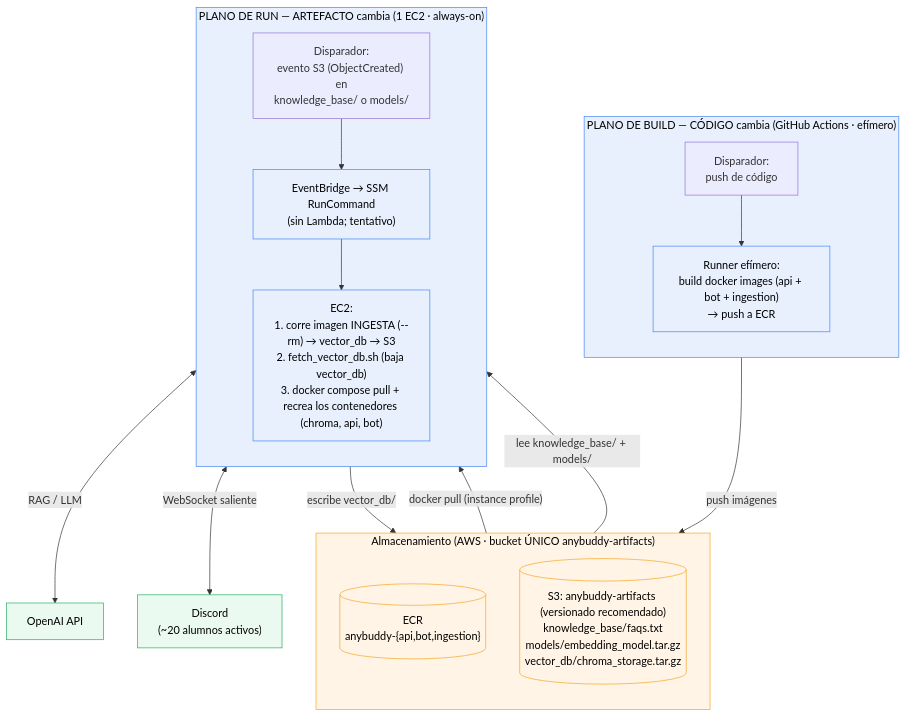
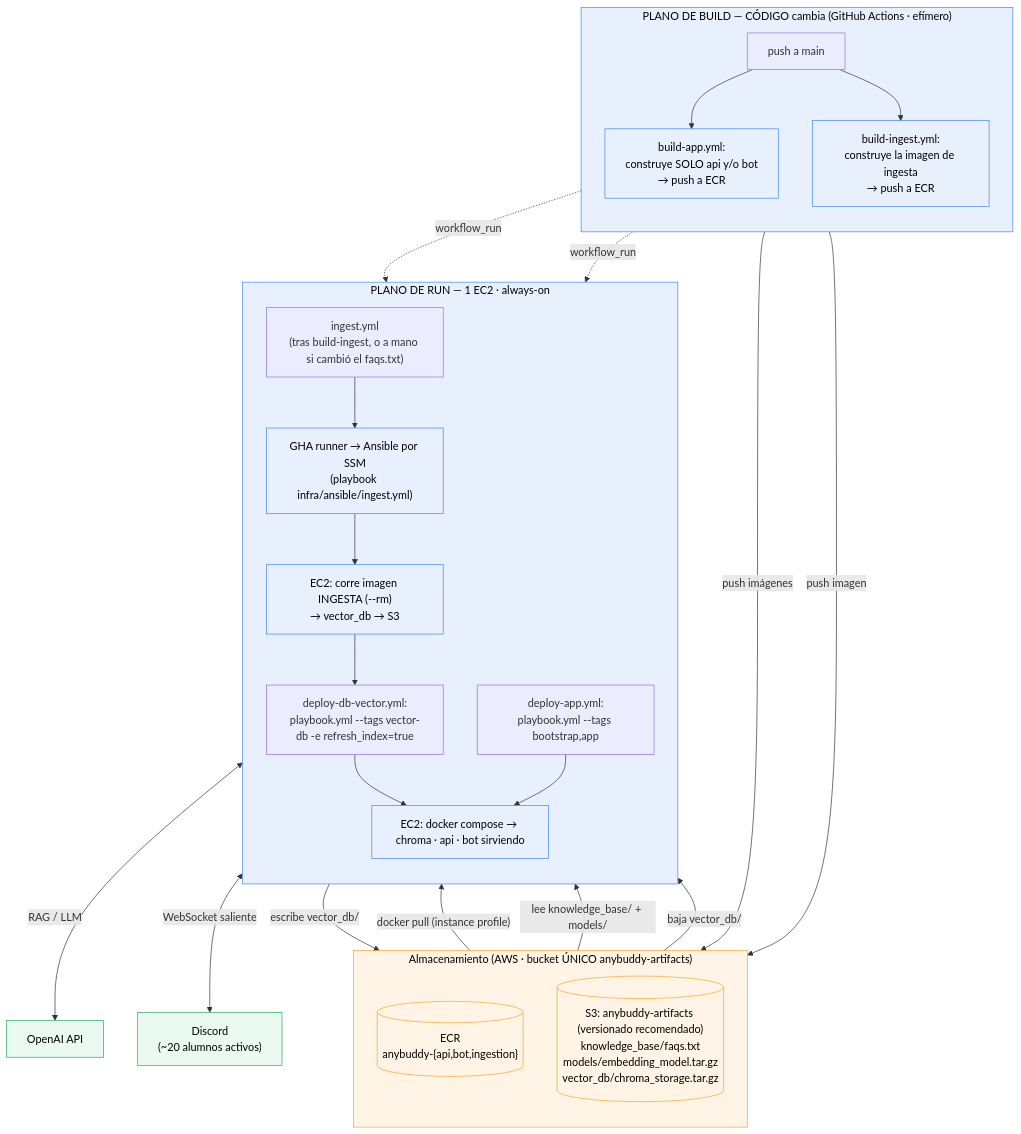
One commit to kevin-ja/anybuddy changed the second of 4 diagrams in ARCHITECTURE.md. Above: the diagram before and after it, drawn with Mermaid. The commit also changed other lines of this file and 32 other files, not shown here.

First line of the commit message:
Add deploy con Ansible y workflows de deploy/ingest

````diff
--- a/ARCHITECTURE.md
+++ b/ARCHITECTURE.md
@@ -62,41 +80,51 @@
 ```mermaid
 flowchart TB
     subgraph BUILD_PLANE["PLANO DE BUILD — CÓDIGO cambia (GitHub Actions · efímero)"]
         direction TB
-        TRG0["Disparador:<br/>push de código"]
-        GHA["Runner efímero:<br/>build docker images (api + bot + ingestion)<br/>→ push a ECR"]
+        TRG0["push a main"]
+        GHA["build-app.yml:<br/>construye SOLO api y/o bot<br/>→ push a ECR"]
+        GHB["build-ingest.yml:<br/>construye la imagen de ingesta<br/>→ push a ECR"]
         TRG0 --> GHA
+        TRG0 --> GHB
     end
 
     subgraph AWS_STORAGE["Almacenamiento (AWS · bucket ÚNICO anybuddy-artifacts)"]
         direction TB
         ECR[("ECR<br/>anybuddy-{api,bot,ingestion}")]
         S3[("S3: anybuddy-artifacts (versionado recomendado)<br/>knowledge_base/faqs.txt<br/>models/embedding_model.tar.gz<br/>vector_db/chroma_storage.tar.gz")]
     end
 
-    subgraph RUN_PLANE["PLANO DE RUN — ARTEFACTO cambia (1 EC2 · always-on)"]
+    subgraph RUN_PLANE["PLANO DE RUN — 1 EC2 · always-on"]
         direction TB
-        TRG1["Disparador:<br/>evento S3 (ObjectCreated) en<br/>knowledge_base/ o models/"]
-        EVT["EventBridge → SSM RunCommand<br/>(sin Lambda; tentativo)"]
-        EC2["EC2:<br/>1. corre imagen INGESTA (--rm) → vector_db → S3<br/>2. fetch_vector_db.sh (baja vector_db)<br/>3. docker compose pull + recrea los contenedores (chroma, api, bot)"]
-        TRG1 --> EVT --> EC2
+        TRG1["ingest.yml<br/>(tras build-ingest, o a mano si cambió el faqs.txt)"]
+        EVT["GHA runner → Ansible por SSM<br/>(playbook infra/ansible/ingest.yml)"]
+        EC2["EC2: corre imagen INGESTA (--rm)<br/>→ vector_db → S3"]
+        TRG2["deploy-db-vector.yml:<br/>playbook.yml --tags vector-db -e refresh_index=true"]
+        TRG3["deploy-app.yml:<br/>playbook.yml --tags bootstrap,app"]
+        EC2B["EC2: docker compose → chroma · api · bot sirviendo"]
+        TRG1 --> EVT --> EC2 --> TRG2 --> EC2B
+        TRG3 --> EC2B
     end
 
     EXT["Discord<br/>(~20 alumnos activos)"]
     OAI["OpenAI API"]
 
     GHA -- "push imágenes" --> ECR
-    ECR -- "docker pull (instance profile)" --> EC2
+    GHB -- "push imagen" --> ECR
+    GHA -. "workflow_run" .-> TRG3
+    GHB -. "workflow_run" .-> TRG1
+    ECR -- "docker pull (instance profile)" --> EC2B
     S3 -- "lee knowledge_base/ + models/" --> EC2
     EC2 -- "escribe vector_db/" --> S3
-    EC2 <-- "RAG / LLM" --> OAI
-    EC2 <-- "WebSocket saliente" --> EXT
+    S3 -- "baja vector_db/" --> EC2B
+    EC2B <-- "RAG / LLM" --> OAI
+    EC2B <-- "WebSocket saliente" --> EXT
 
     classDef ci fill:#e8f0fe,stroke:#4285f4,color:#000
     classDef store fill:#fff4e5,stroke:#f5a623,color:#000
     classDef ext fill:#eafaf1,stroke:#27ae60,color:#000
-    class BUILD_PLANE,GHA ci
-    class RUN_PLANE,EVT,EC2 ci
+    class BUILD_PLANE,GHA,GHB ci
+    class RUN_PLANE,EVT,EC2,EC2B ci
     class ECR,S3,AWS_STORAGE store
     class EXT,OAI ext
 ```
````
